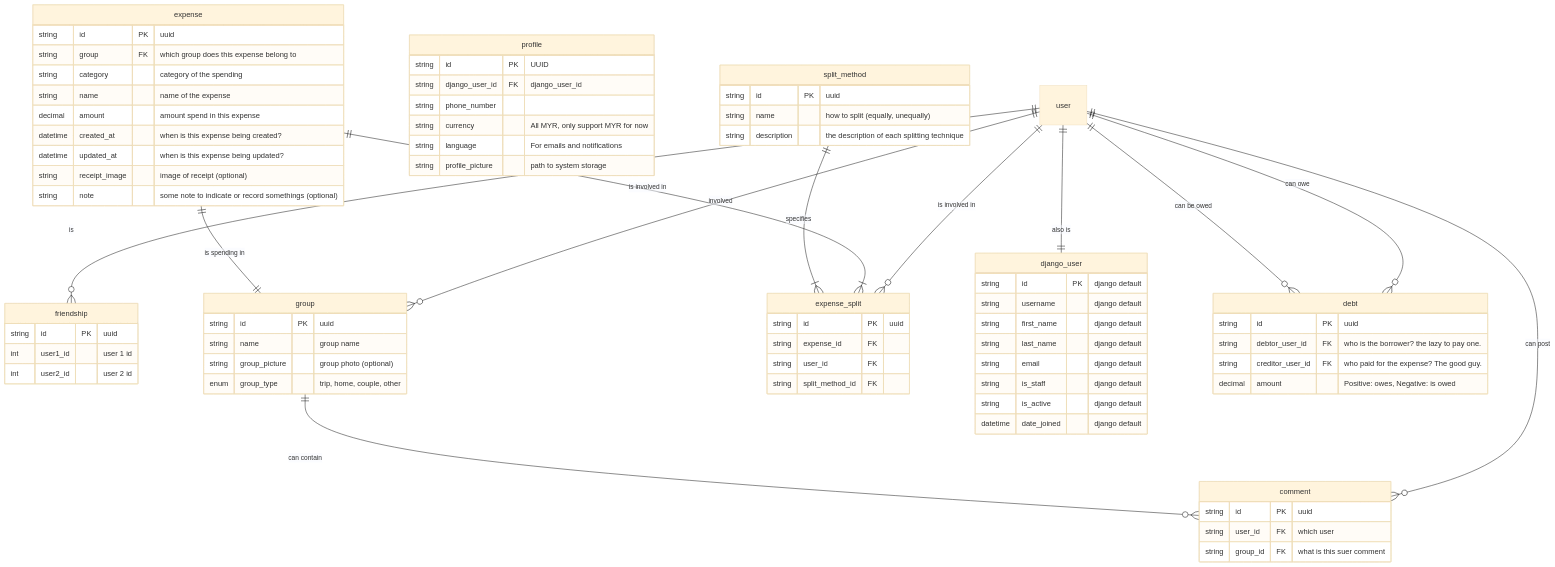
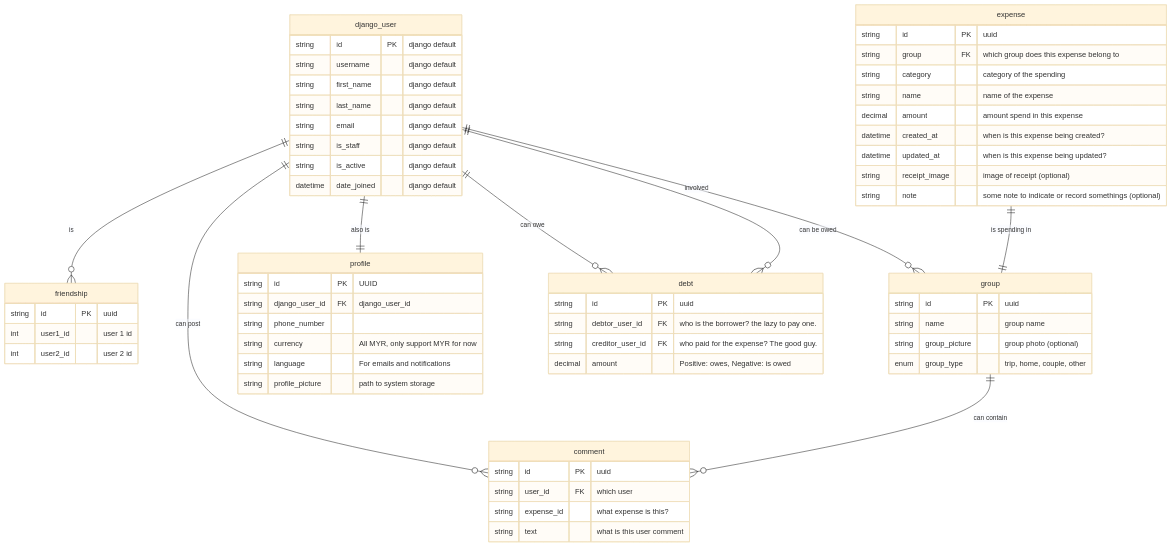
Before and after one commit to Skyquek/Trip-Bill-Management-System: the diagram in Readme.md, drawn with Mermaid (base theme). The commit also changed 2 other files, not shown here.

Commit message:
update comments model

````diff
--- a/Readme.md
+++ b/Readme.md
@@ -19,9 +19,8 @@
 ```mermaid
 erDiagram
-    user ||--o{ friendship : "is"
-    user ||--o{ group: "involved"
-    user ||--o{ expense_split : "is involved in"
-    user ||--|| django_user: "also is"
+    django_user ||--o{ friendship : "is"
+    django_user ||--o{ group: "involved"
+    django_user ||--|| profile: "also is"
 
     django_user {
        string id PK "django default"
@@ -56,8 +55,8 @@
         decimal amount "Positive: owes, Negative: is owed"
     }
 
-    user ||--o{ debt : "can owe"
-    user ||--o{ debt : "can be owed"
+    django_user ||--o{ debt : "can owe"
+    django_user ||--o{ debt : "can be owed"
     
     group {
         string id PK "uuid"
@@ -65,7 +64,6 @@
         string group_picture "group photo (optional)"
         enum group_type "trip, home, couple, other"
     }
-    expense ||--|{ expense_split : "is involved in"
     expense ||--|| group: "is spending in"
     expense {
         string id PK "uuid"
@@ -78,28 +76,14 @@
         string receipt_image "image of receipt (optional)"
         string note "some note to indicate or record somethings (optional)"
     }
-    split_method ||--|{ expense_split : "specifies"
-    split_method {
-        string id PK "uuid"
-        string name "how to split (equally, unequally)"
-        string description "the description of each splitting technique"
-    }
-    
-    expense_split {
-        string id PK "uuid"
-        string expense_id  FK
-        string user_id FK
-        string split_method_id FK
-    }
 
-    user ||--o{ comment : "can post"
+    django_user ||--o{ comment : "can post"
     group ||--o{ comment : "can contain"
 
     comment {
         string id PK "uuid"
         string user_id FK "which user"
-        string group_id FK "what is this suer comment"
+        string expense_id "what expense is this?"
+        string text "what is this user comment"
     }
-
-    
 ```
````
